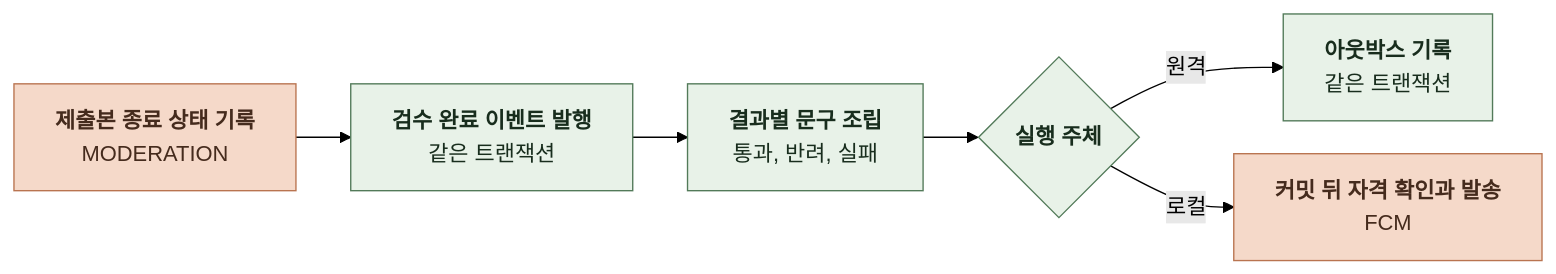
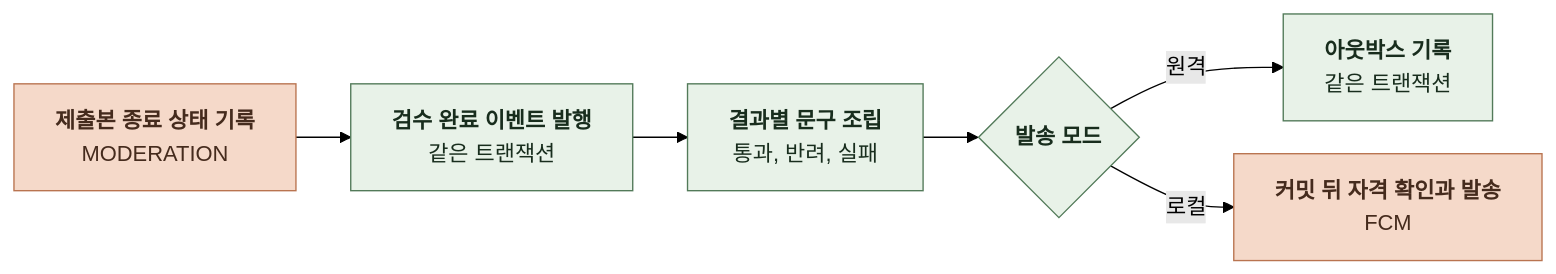
Before and after one commit to KIM-N-KANG/knk-harness: the sixth of 13 diagrams in docs/domain/NOTIFICATION/BACKEND/4-1-PIPELINES.md, drawn with Mermaid (forest theme). The commit also changed other lines of this file and 5 other files, not shown here.

````diff
--- a/docs/domain/NOTIFICATION/BACKEND/4-1-PIPELINES.md
+++ b/docs/domain/NOTIFICATION/BACKEND/4-1-PIPELINES.md
@@ -162,18 +162,18 @@
 ```mermaid
 %%{init: {"flowchart": {"curve": "basis", "nodeSpacing": 24, "rankSpacing": 40}}}%%
 flowchart LR
     A["`**제출본 종료 상태 기록**
 MODERATION`"] --> B["`**검수 완료 이벤트 발행**
 같은 트랜잭션`"]
     B --> C["`**결과별 문구 조립**
 통과, 반려, 실패`"]
-    C --> D{"`**실행 주체**`"}
+    C --> D{"`**발송 모드**`"}
     D -->|원격| E["`**아웃박스 기록**
 같은 트랜잭션`"]
     D -->|로컬| F["`**커밋 뒤 자격 확인과 발송**
 FCM`"]
     classDef comp fill:#E8F2E8,stroke:#527A59,color:#182D1D
     classDef task fill:#F5D9C9,stroke:#B97450,color:#452B1D
     class B,C,D,E comp
     class A,F task
 ```
````
